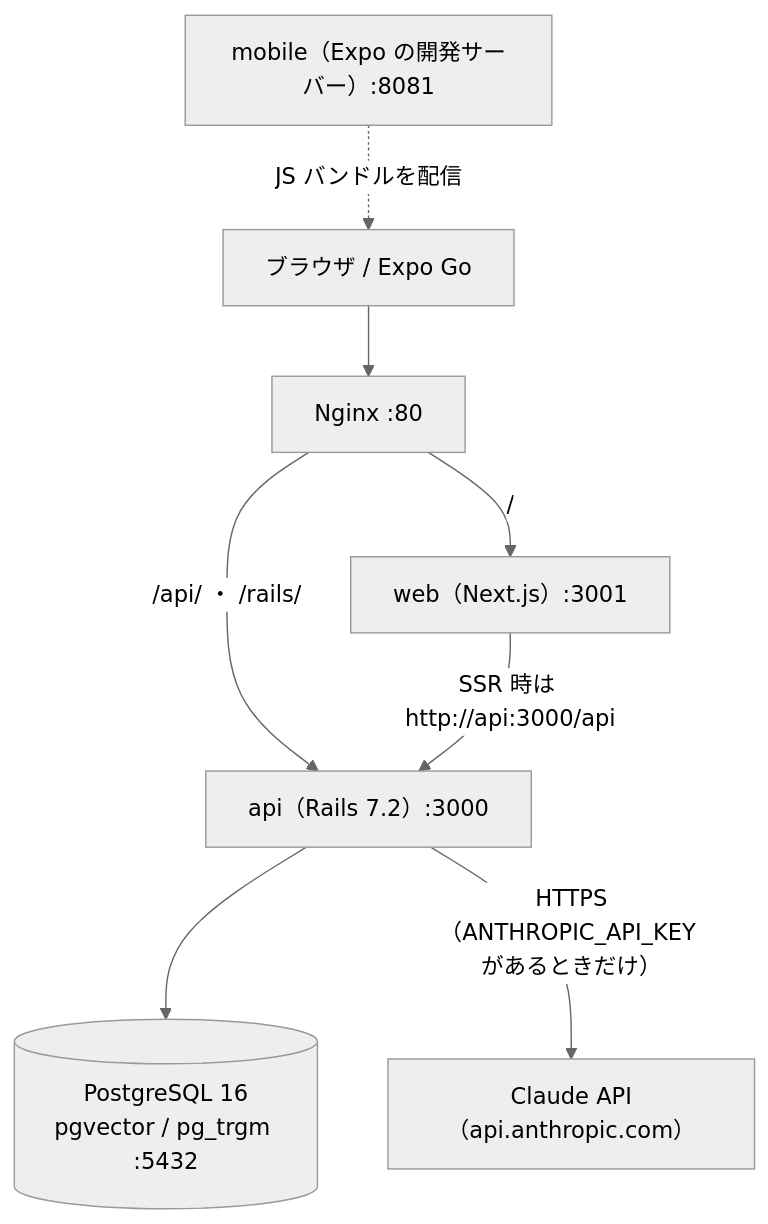
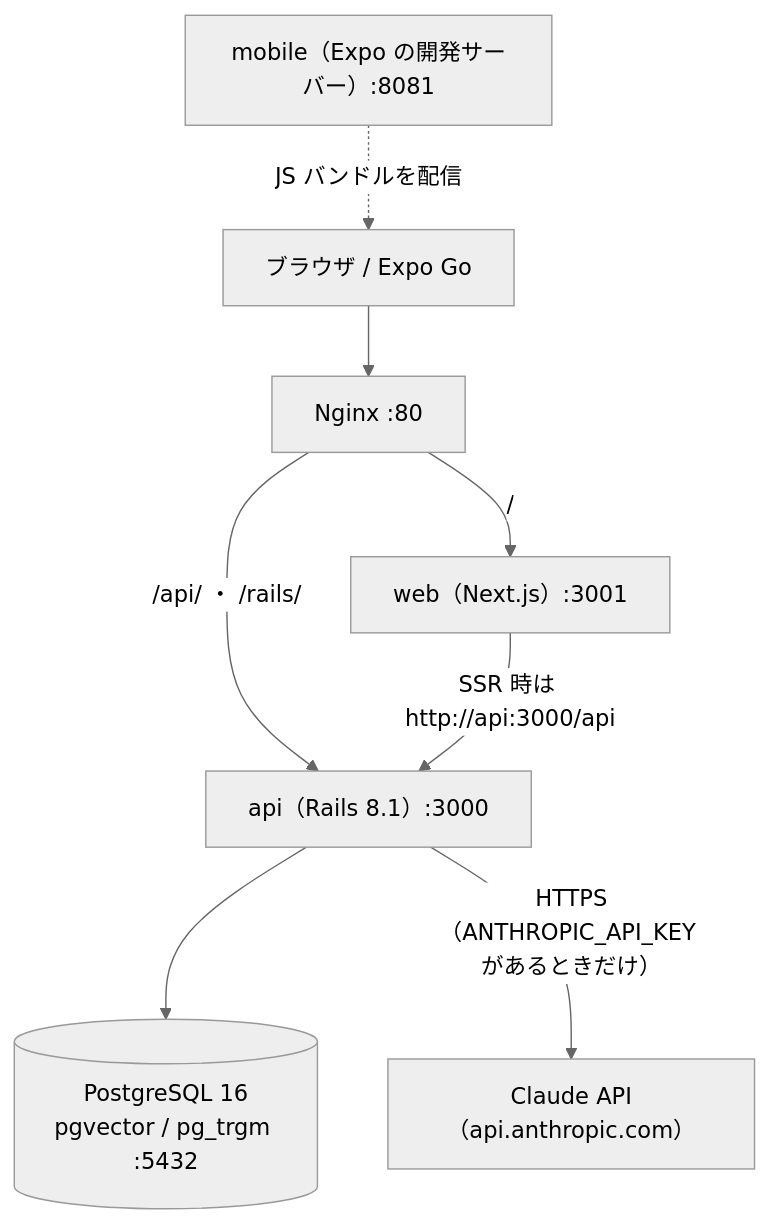
The second of 2 diagrams in README.md (makoto-kamimura/docker_sales_management), drawn with Mermaid (neutral theme) before and after one commit. The commit also changed other lines of this file and 1 other file, not shown here.

First line of the commit message:
Rails 8.1 への移行を README と計画書に書く

````diff
--- a/README.md
+++ b/README.md
@@ -582,18 +582,18 @@
 ```mermaid
 flowchart TB
   client["ブラウザ / Expo Go"]
   nginx["Nginx :80"]
   web["web（Next.js）:3001"]
-  api["api（Rails 7.2）:3000"]
+  api["api（Rails 8.1）:3000"]
   db[("PostgreSQL 16<br/>pgvector / pg_trgm :5432")]
   claude["Claude API（api.anthropic.com）"]
   mobile["mobile（Expo の開発サーバー）:8081"]
 
   client --> nginx
   nginx -- "/" --> web
   nginx -- "/api/ ・ /rails/" --> api
   web -- "SSR 時は http://api:3000/api" --> api
   api --> db
   api -- "HTTPS（ANTHROPIC_API_KEY があるときだけ）" --> claude
   mobile -. "JS バンドルを配信" .-> client
 ```
````
